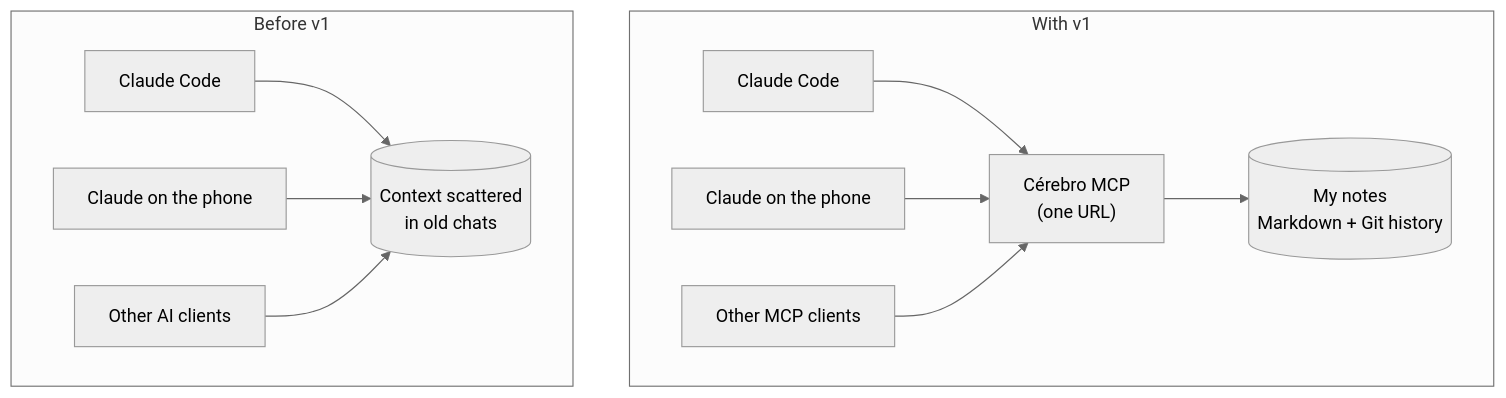
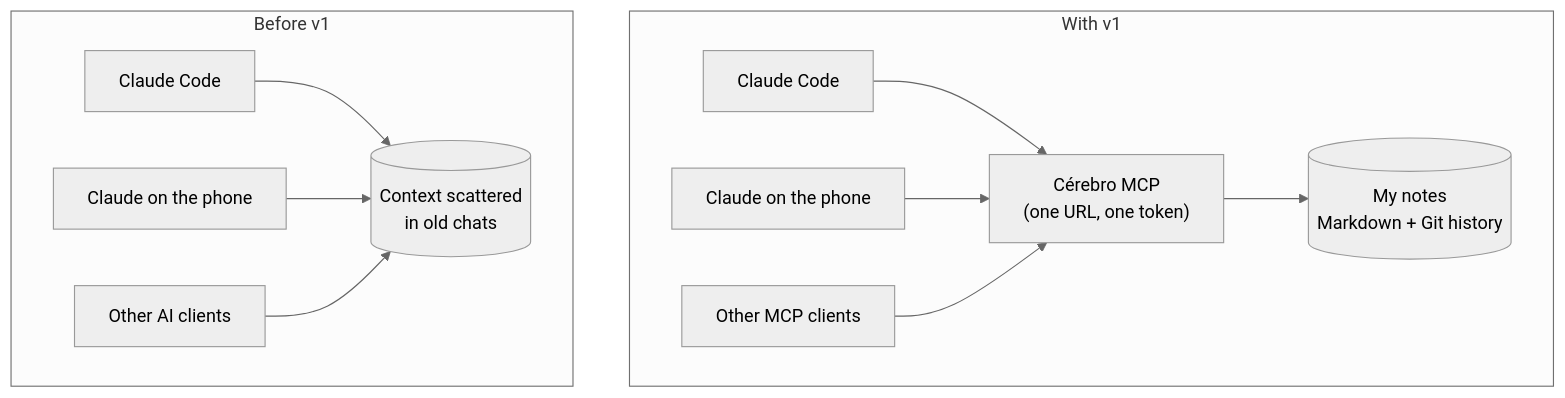
Before and after one commit to Pedrolucasnunes/cerebro-mcp: the first of 2 diagrams in docs/prd/v1.md, drawn with Mermaid (neutral theme). The commit also changed other lines of this file and 6 other files, not shown here.

````diff
--- a/docs/prd/v1.md
+++ b/docs/prd/v1.md
@@ -20,17 +20,17 @@
 ```mermaid
 flowchart LR
     subgraph before["Before v1"]
         direction LR
         cc1["Claude Code"] --> chats1[("Context scattered<br/>in old chats")]
         phone1["Claude on the phone"] --> chats1
         other1["Other AI clients"] --> chats1
     end
     subgraph after["With v1"]
         direction LR
-        cc2["Claude Code"] --> mcp["Cérebro MCP<br/>(one URL)"]
+        cc2["Claude Code"] --> mcp["Cérebro MCP<br/>(one URL, one token)"]
         phone2["Claude on the phone"] --> mcp
         other2["Other MCP clients"] --> mcp
         mcp --> notes[("My notes<br/>Markdown + Git history")]
     end
     before ~~~ after
 ```
````
